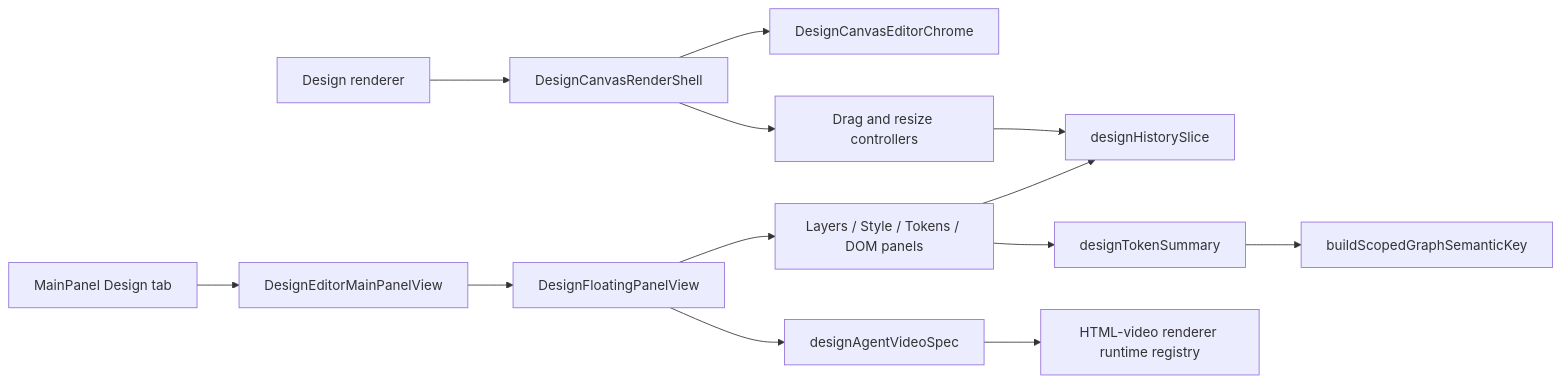
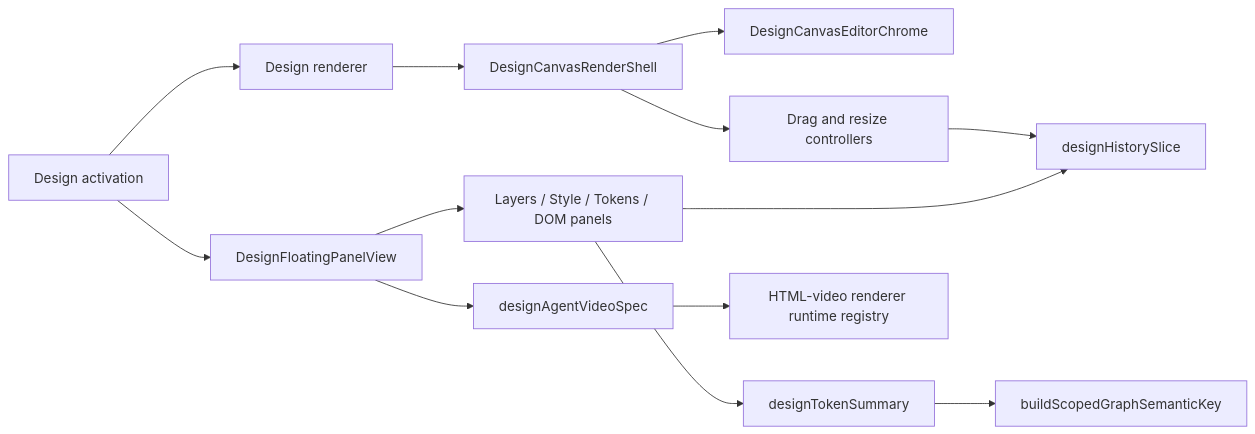
One commit to huijoohwee/agentic-graph changed the diagram in docs/documents/agentic-graph-design-editor-baseline-prd-tad-adr-mvp-gtm.md. Above: the diagram before and after it, drawn with Mermaid. The commit also changed other lines of this file and 50 other files, not shown here.

First line of the commit message:
feat: unify native Design panel and dark theme variants (#1245)

````diff
--- a/docs/documents/agentic-graph-design-editor-baseline-prd-tad-adr-mvp-gtm.md
+++ b/docs/documents/agentic-graph-design-editor-baseline-prd-tad-adr-mvp-gtm.md
@@ -130,15 +130,15 @@
 ```mermaid
 flowchart LR
-  A["MainPanel Design tab"] --> B["DesignEditorMainPanelView"]
-  C["Design renderer"] --> D["DesignCanvasRenderShell"]
-  B --> E["DesignFloatingPanelView"]
+  A["Design activation"] --> E["DesignFloatingPanelView"]
+  A --> C["Design renderer"]
+  C --> D["DesignCanvasRenderShell"]
   D --> F["DesignCanvasEditorChrome"]
   D --> G["Drag and resize controllers"]
   E --> H["Layers / Style / Tokens / DOM panels"]
   G --> I["designHistorySlice"]
   H --> I
   H --> J["designTokenSummary"]
   J --> K["buildScopedGraphSemanticKey"]
   E --> L["designAgentVideoSpec"]
   L --> M["HTML-video renderer runtime registry"]
 ```
````
